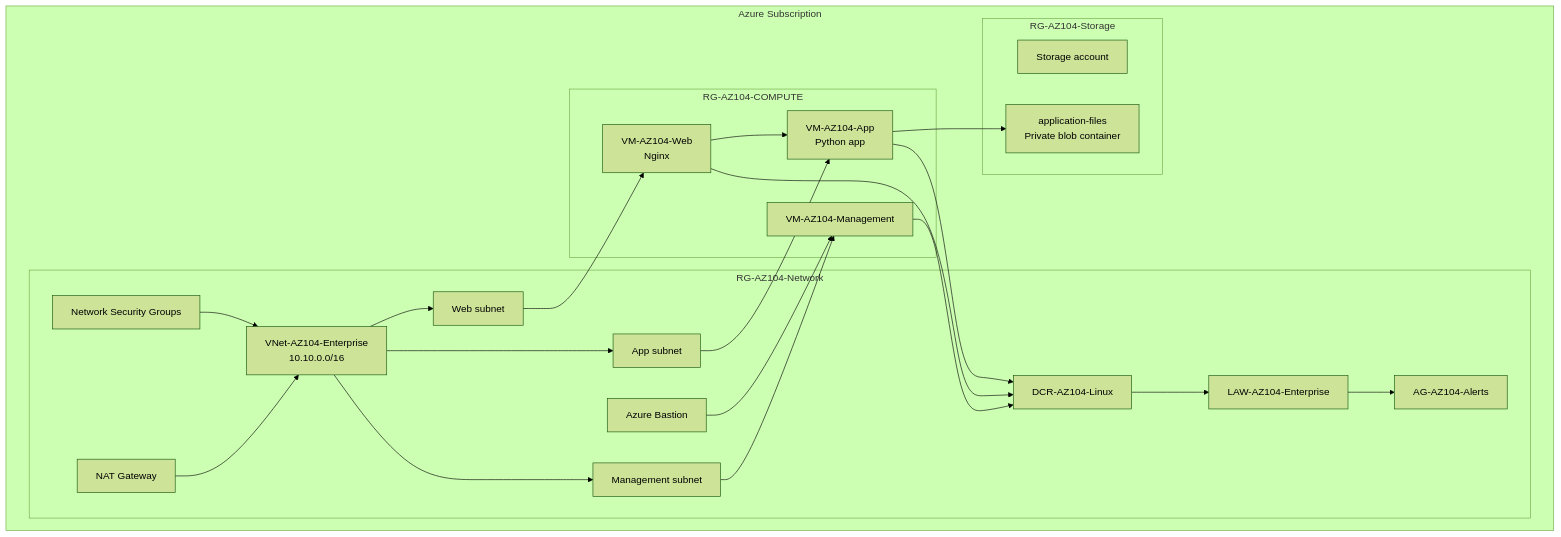
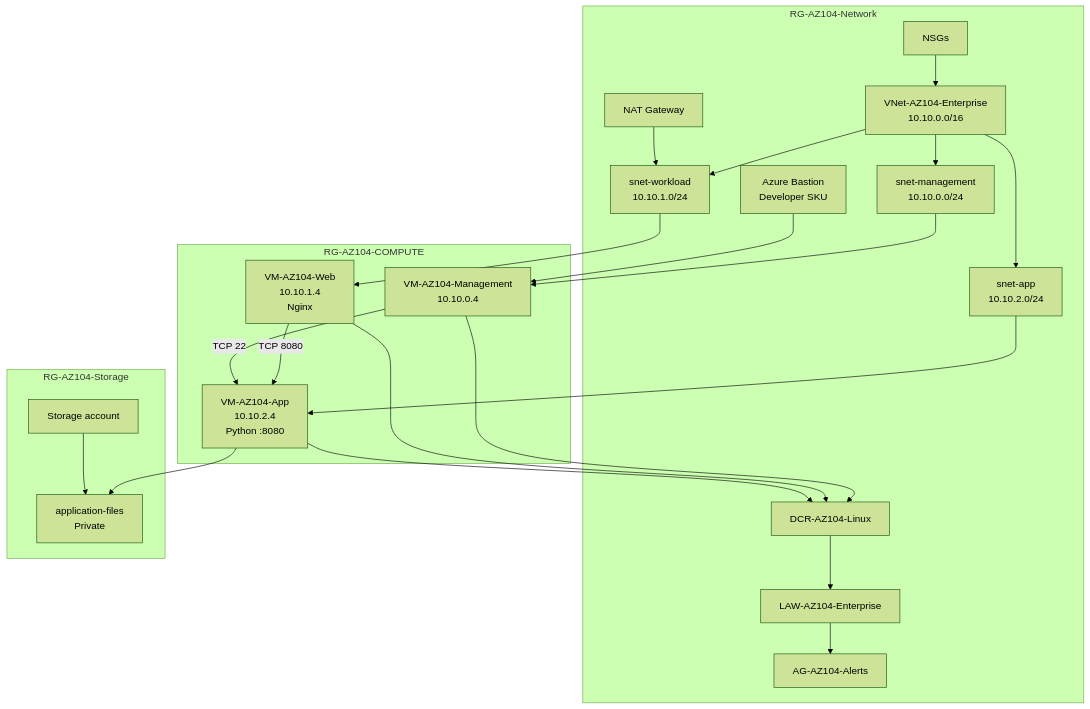
The diagram in docs/architecture/README.md (Kishorebiswajit/azure-104-enterprise-administrator-lab), drawn with Mermaid (forest theme) before and after one commit. The commit also changed other lines of this file, not shown here.

Commit message:
Document current AZ-104 architecture

````diff
--- a/docs/architecture/README.md
+++ b/docs/architecture/README.md
@@ -33,45 +89,45 @@
 ```mermaid
 flowchart TB
-    subgraph Subscription["Azure Subscription"]
-        subgraph NetworkRG["RG-AZ104-Network"]
-            VNet["VNet-AZ104-Enterprise<br/>10.10.0.0/16"]
-            MgmtSubnet["Management subnet"]
-            WebSubnet["Web subnet"]
-            AppSubnet["App subnet"]
-            Bastion["Azure Bastion"]
-            NAT["NAT Gateway"]
-            NSG["Network Security Groups"]
-            LAW["LAW-AZ104-Enterprise"]
-            DCR["DCR-AZ104-Linux"]
-            AG["AG-AZ104-Alerts"]
-        end
+    subgraph NetworkRG["RG-AZ104-Network"]
+        VNet["VNet-AZ104-Enterprise<br/>10.10.0.0/16"]
+        MgmtSubnet["snet-management<br/>10.10.0.0/24"]
+        WebSubnet["snet-workload<br/>10.10.1.0/24"]
+        AppSubnet["snet-app<br/>10.10.2.0/24"]
+        Bastion["Azure Bastion<br/>Developer SKU"]
+        NAT["NAT Gateway"]
+        NSGs["NSGs"]
+        LAW["LAW-AZ104-Enterprise"]
+        DCR["DCR-AZ104-Linux"]
+        AG["AG-AZ104-Alerts"]
+    end
 
-        subgraph ComputeRG["RG-AZ104-COMPUTE"]
-            MgmtVM["VM-AZ104-Management"]
-            WebVM["VM-AZ104-Web<br/>Nginx"]
-            AppVM["VM-AZ104-App<br/>Python app"]
-        end
+    subgraph ComputeRG["RG-AZ104-COMPUTE"]
+        MgmtVM["VM-AZ104-Management<br/>10.10.0.4"]
+        WebVM["VM-AZ104-Web<br/>10.10.1.4<br/>Nginx"]
+        AppVM["VM-AZ104-App<br/>10.10.2.4<br/>Python :8080"]
+    end
 
-        subgraph StorageRG["RG-AZ104-Storage"]
-            SA["Storage account"]
-            Container["application-files<br/>Private blob container"]
-        end
+    subgraph StorageRG["RG-AZ104-Storage"]
+        SA["Storage account"]
+        Container["application-files<br/>Private"]
     end
 
     VNet --> MgmtSubnet
     VNet --> WebSubnet
     VNet --> AppSubnet
     MgmtSubnet --> MgmtVM
     WebSubnet --> WebVM
     AppSubnet --> AppVM
     Bastion --> MgmtVM
-    NAT --> VNet
-    NSG --> VNet
-    WebVM --> AppVM
+    NSGs --> VNet
+    NAT --> WebSubnet
+    WebVM -->|"TCP 8080"| AppVM
+    MgmtVM -->|"TCP 22"| AppVM
     AppVM --> Container
     MgmtVM --> DCR
     WebVM --> DCR
     AppVM --> DCR
     DCR --> LAW
     LAW --> AG
+    SA --> Container
 ```
````
